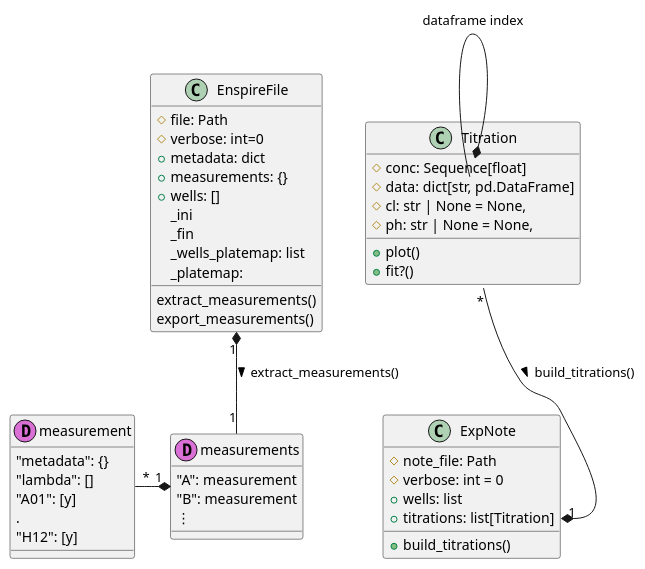
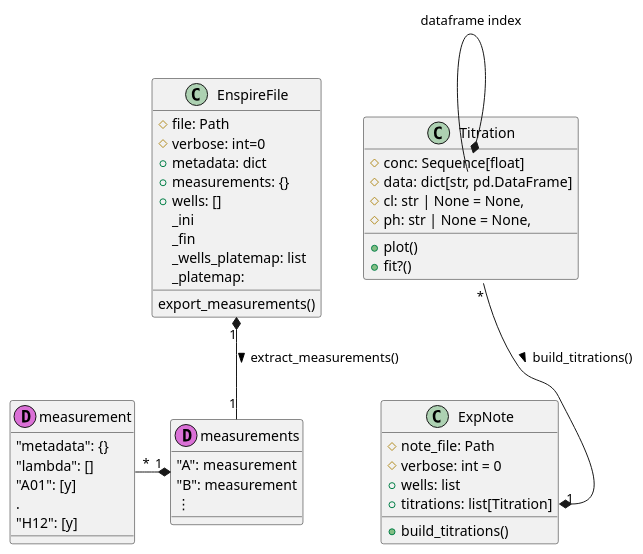
Before and after one commit to darosio/ClopHfit: the diagram in docs/references/prenspire.uml.rst, drawn with PlantUML. The commit also changed 3 other files, not shown here.

```diff
--- a/docs/references/prenspire.uml.rst
+++ b/docs/references/prenspire.uml.rst
@@ -1,52 +1,51 @@
 .. uml::
 
    class EnspireFile {
     #file: Path
     #verbose: int=0
     +metadata: dict
     +measurements: {}
     +wells: []
     _ini
     _fin
     _wells_platemap: list
     _platemap:
-    extract_measurements()
     export_measurements()
    }
 
 
    class ExpNote {
        #note_file: Path
        #verbose: int = 0
        +wells: list
        +titrations: list[Titration]
        +build_titrations()
    }
 
    class Titration {
     #conc: Sequence[float]
     #data: dict[str, pd.DataFrame]
     #cl: str | None = None,
     #ph: str | None = None,
     +plot()
     +fit?()
    }
 
    Titration::conc *-- Titration::data : dataframe index
    Titration "*" --* "1" ExpNote::titrations  : > build_titrations()
    EnspireFile "1" *-- "1" measurements : > extract_measurements()
    measurement "*" -* "1" measurements
 
    class measurements << (D,orchid) >> {
        "A": measurement
        "B": measurement
        ⋮
    }
 
    class measurement << (D,orchid) >> {
        "metadata": {}
        "lambda": []
        "A01": [y]
        .
        "H12": [y]
    }
```
